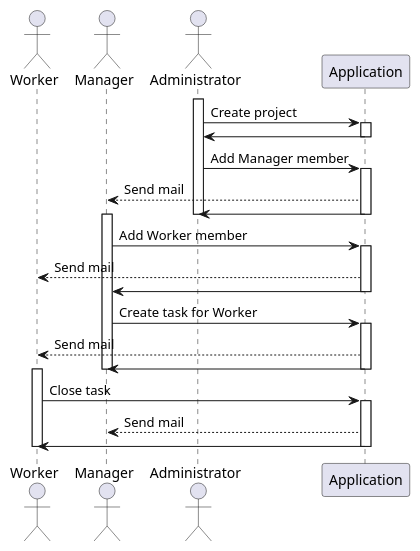
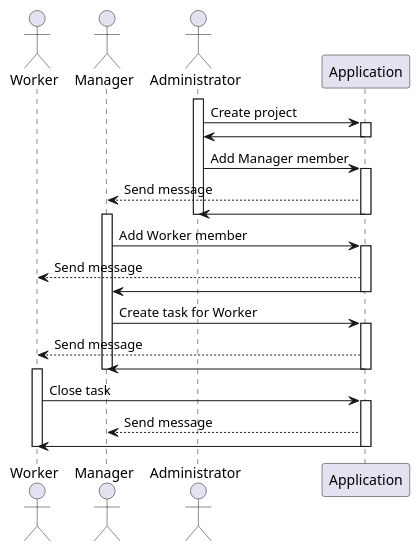
The diagram in doc/uml/sequence.plantuml (Kr0oked/DotnetProjectManagement), drawn with PlantUML before and after one commit. The commit also changed 13 other files, not shown here.

```diff
--- a/doc/uml/sequence.plantuml
+++ b/doc/uml/sequence.plantuml
@@ -1,42 +1,42 @@
 @startuml
 actor Worker
 actor Manager
 actor Administrator
 participant Application
 
 activate Administrator
 Administrator -> Application: Create project
 activate Application
 Application -> Administrator
 deactivate Application
 
 Administrator -> Application: Add Manager member
 activate Application
-Application --> Manager: Send mail
+Application --> Manager: Send message
 Application -> Administrator
 deactivate Application
 deactivate Administrator
 
 activate Manager
 Manager -> Application: Add Worker member
 activate Application
-Application --> Worker: Send mail
+Application --> Worker: Send message
 Application -> Manager
 deactivate Application
 
 Manager -> Application: Create task for Worker
 activate Application
-Application --> Worker: Send mail
+Application --> Worker: Send message
 Application -> Manager
 deactivate Application
 deactivate Manager
 
 activate Worker
 Worker -> Application: Close task
 activate Application
-Application --> Manager: Send mail
+Application --> Manager: Send message
 Application -> Worker
 deactivate Application
 deactivate Worker
 
 @enduml
```
